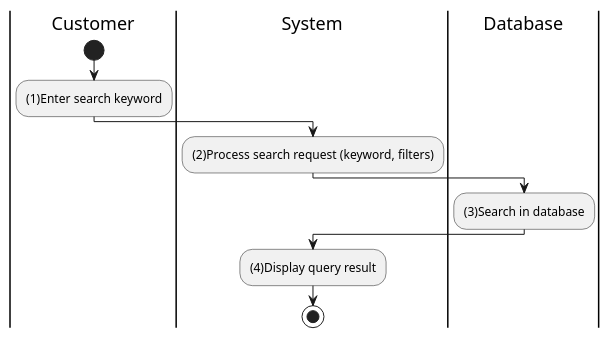
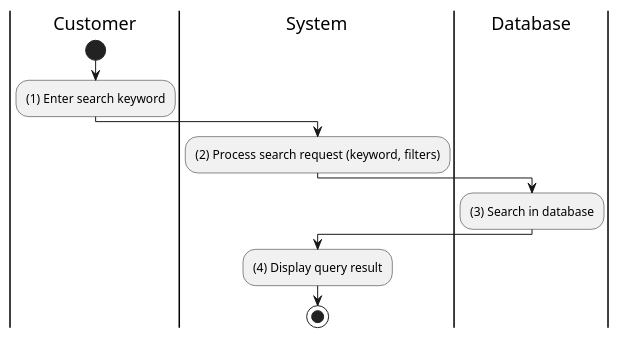
The diagram in docs/docs/activity/view-product/search-product.md (electricilies/electricilies.github.io), drawn with PlantUML before and after one commit. The commit also changed 1 other file, not shown here.

Commit message:
chore: space after number

````diff
--- a/docs/docs/activity/view-product/search-product.md
+++ b/docs/docs/activity/view-product/search-product.md
@@ -3,18 +3,18 @@
 ```plantuml
 @startuml
 |C|Customer
 start
-:(1)Enter search keyword;
+:(1) Enter search keyword;
 
 |S|System
-:(2)Process search request (keyword, filters);
+:(2) Process search request (keyword, filters);
 
 |D|Database
-:(3)Search in database;
+:(3) Search in database;
 
 |S|
-:(4)Display query result;
+:(4) Display query result;
 
 stop
 @enduml
 ```
````
